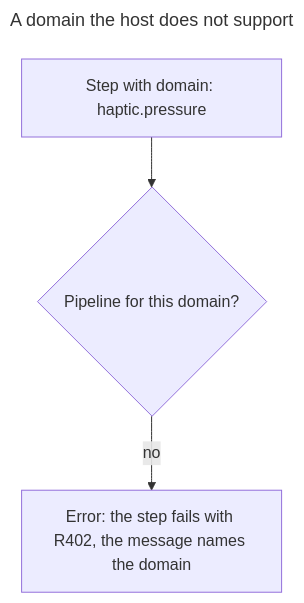
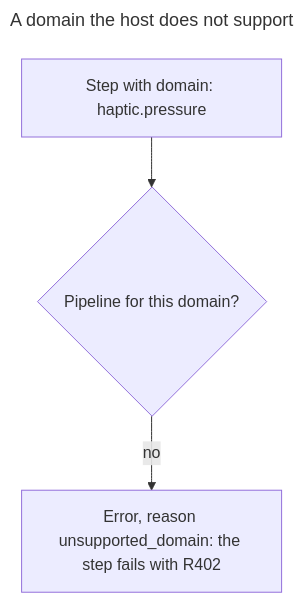
The second of 11 diagrams in docs/guides/MODALITY_HANDLING.md (synaptiai/agent-capability-standard), drawn with Mermaid before and after one commit. The commit also changed other lines of this file and 52 other files, not shown here.

````diff
--- a/docs/guides/MODALITY_HANDLING.md
+++ b/docs/guides/MODALITY_HANDLING.md
@@ -77,9 +78,9 @@
 ```mermaid
 ---
 title: A domain the host does not support
 ---
 flowchart TB
-  accDescr: When the host has no processing pipeline for the step's domain value, it answers the capability call with an Error, the step fails with R402, and the message names the domain.
+  accDescr: When the host has no processing pipeline for the step's domain value, it answers the capability call with an Error with reason unsupported_domain, and the step fails with R402, keeping the reason.
   step["Step with domain: haptic.pressure"] --> has{"Pipeline for this domain?"}
-  has -->|no| err["Error: the step fails with R402, the message names the domain"]
+  has -->|no| err["Error, reason unsupported_domain: the step fails with R402"]
 ```
````
